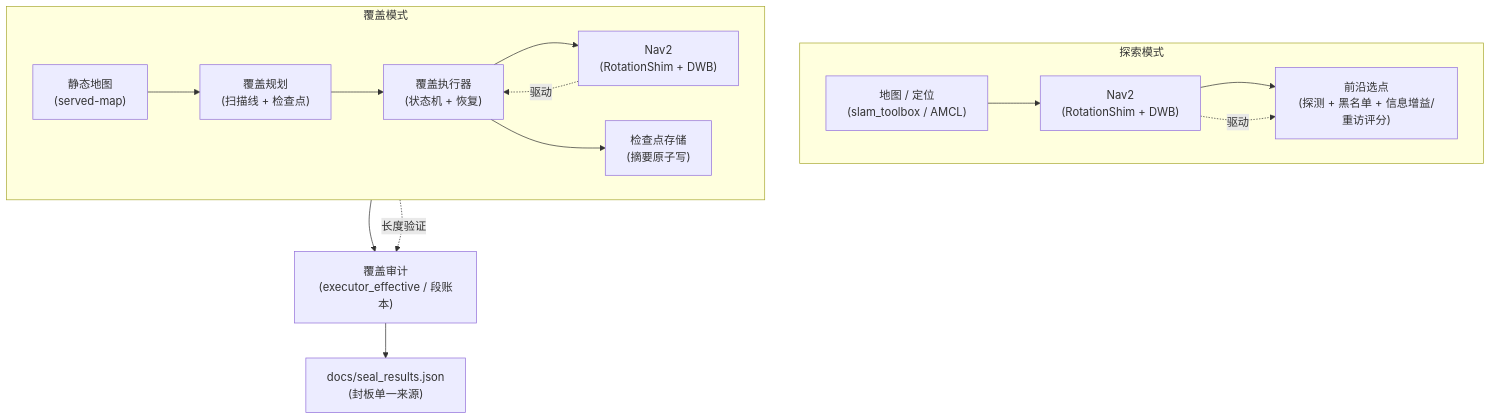
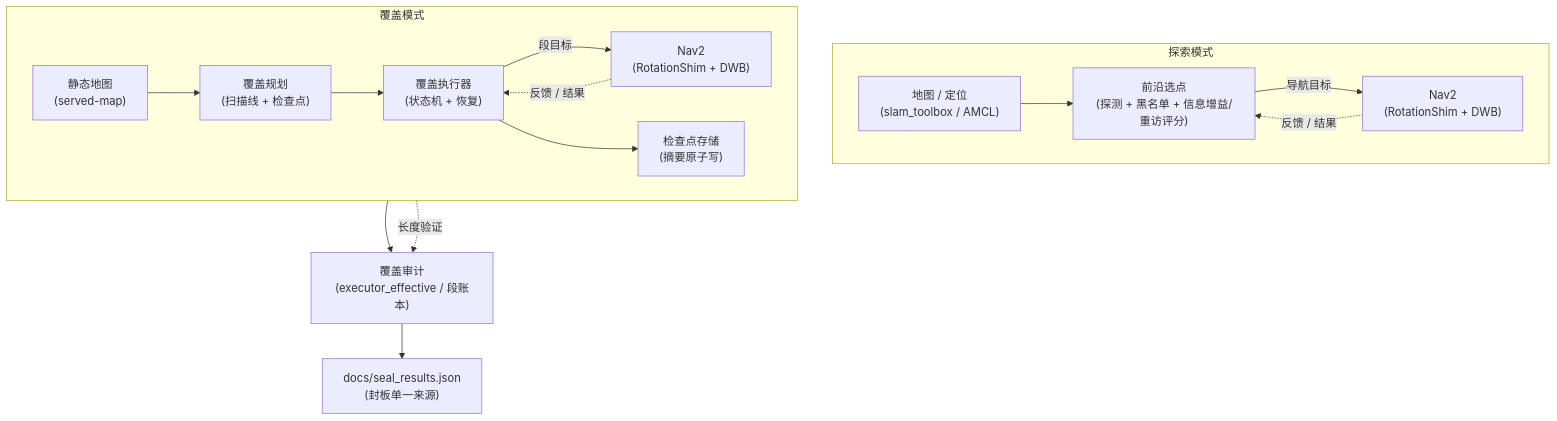
One commit to yeezhouyi/ros2_tunnel_explorer changed the first of 2 diagrams in README.md. Above: the diagram before and after it, drawn with Mermaid. The commit also changed other lines of this file, not shown here.

First line of the commit message:
README polish: architecture arrows + per-source result claims

````diff
--- a/README.md
+++ b/README.md
@@ -46,17 +46,19 @@
 ```mermaid
 flowchart TB
   subgraph 探索模式["探索模式"]
     direction LR
-    SLAM["地图 / 定位<br/>(slam_toolbox / AMCL)"] --> NAV2E["Nav2<br/>(RotationShim + DWB)"] --> FRONT["前沿选点<br/>(探测 + 黑名单 + 信息增益/重访评分)"]
+    SLAM["地图 / 定位<br/>(slam_toolbox / AMCL)"] --> FRONT["前沿选点<br/>(探测 + 黑名单 + 信息增益/重访评分)"]
+    FRONT -- "导航目标" --> NAV2E["Nav2<br/>(RotationShim + DWB)"]
+    NAV2E -. "反馈 / 结果" .-> FRONT
   end
   subgraph 覆盖模式["覆盖模式"]
     direction LR
-    MAP["静态地图<br/>(served-map)"] --> PLAN["覆盖规划<br/>(扫描线 + 检查点)"] --> EXEC["覆盖执行器<br/>(状态机 + 恢复)"] --> NAV2C["Nav2<br/>(RotationShim + DWB)"]
+    MAP["静态地图<br/>(served-map)"] --> PLAN["覆盖规划<br/>(扫描线 + 检查点)"] --> EXEC["覆盖执行器<br/>(状态机 + 恢复)"]
+    EXEC -- "段目标" --> NAV2C["Nav2<br/>(RotationShim + DWB)"]
+    NAV2C -. "反馈 / 结果" .-> EXEC
     EXEC --> CHECK["检查点存储<br/>(摘要原子写)"]
   end
   AUDIT["覆盖审计<br/>(executor_effective / 段账本)"] --> SEAL["docs/seal_results.json<br/>(封板单一来源)"]
   EXEC --> AUDIT
   PLAN -. 长度验证 .-> AUDIT
-  NAV2E -. 驱动 .-> FRONT
-  NAV2C -. 驱动 .-> EXEC
 ```
````
